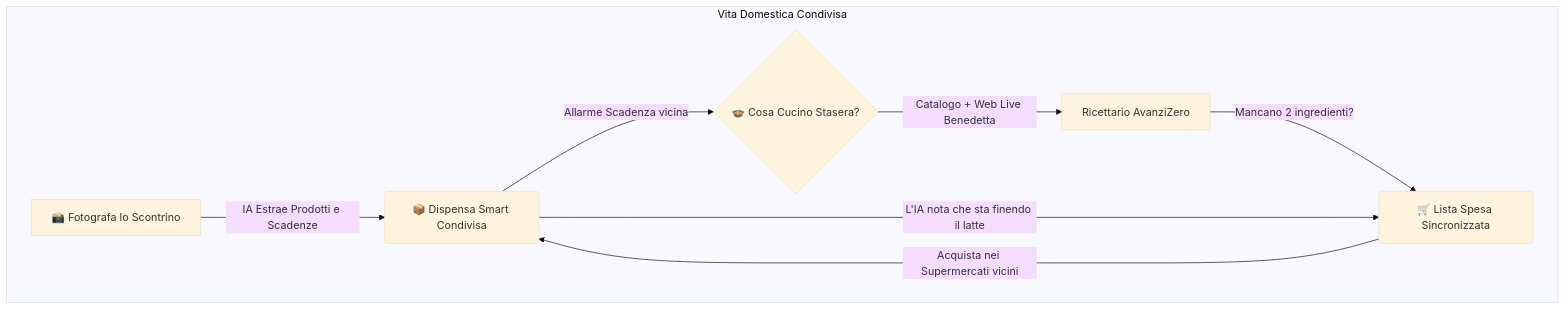
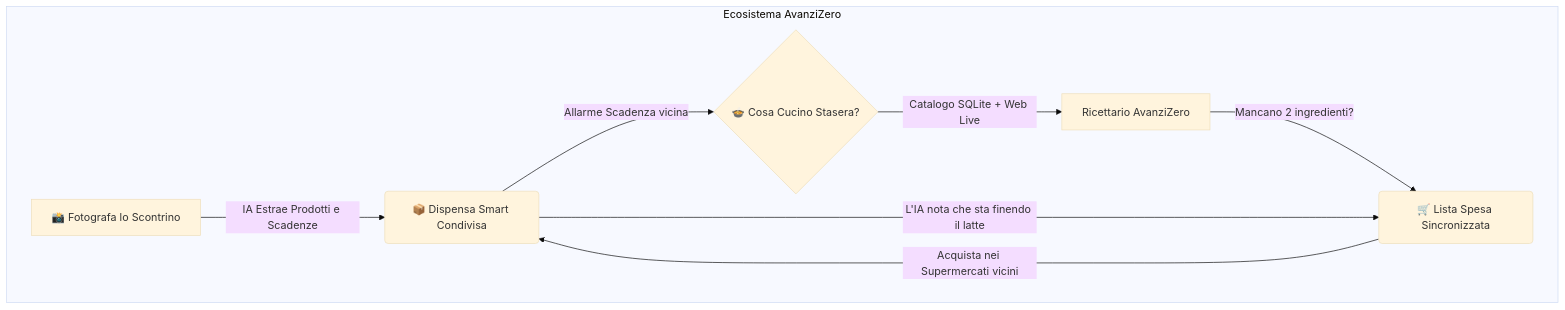
Before and after one commit to YuliaD2609/AvanziZero: the second of 3 diagrams in README.md, drawn with Mermaid (base theme). The commit also changed other lines of this file, not shown here.

````diff
--- a/README.md
+++ b/README.md
@@ -42,11 +94,11 @@
 ```mermaid
 flowchart TD
-    subgraph Vita Domestica Condivisa
+    subgraph Ecosistema AvanziZero
         A[📸 Fotografa lo Scontrino] -->|IA Estrae Prodotti e Scadenze| B(📦 Dispensa Smart Condivisa)
         B -->|Allarme Scadenza vicina| C{🍲 Cosa Cucino Stasera?}
-        C -->|Catalogo + Web Live Benedetta| D[Ricettario AvanziZero]
+        C -->|Catalogo SQLite + Web Live| D[Ricettario AvanziZero]
         D -->|Mancano 2 ingredienti?| E(🛒 Lista Spesa Sincronizzata)
         B -->|L'IA nota che sta finendo il latte| E
         E -->|Acquista nei Supermercati vicini| B
     end
 ```
````
